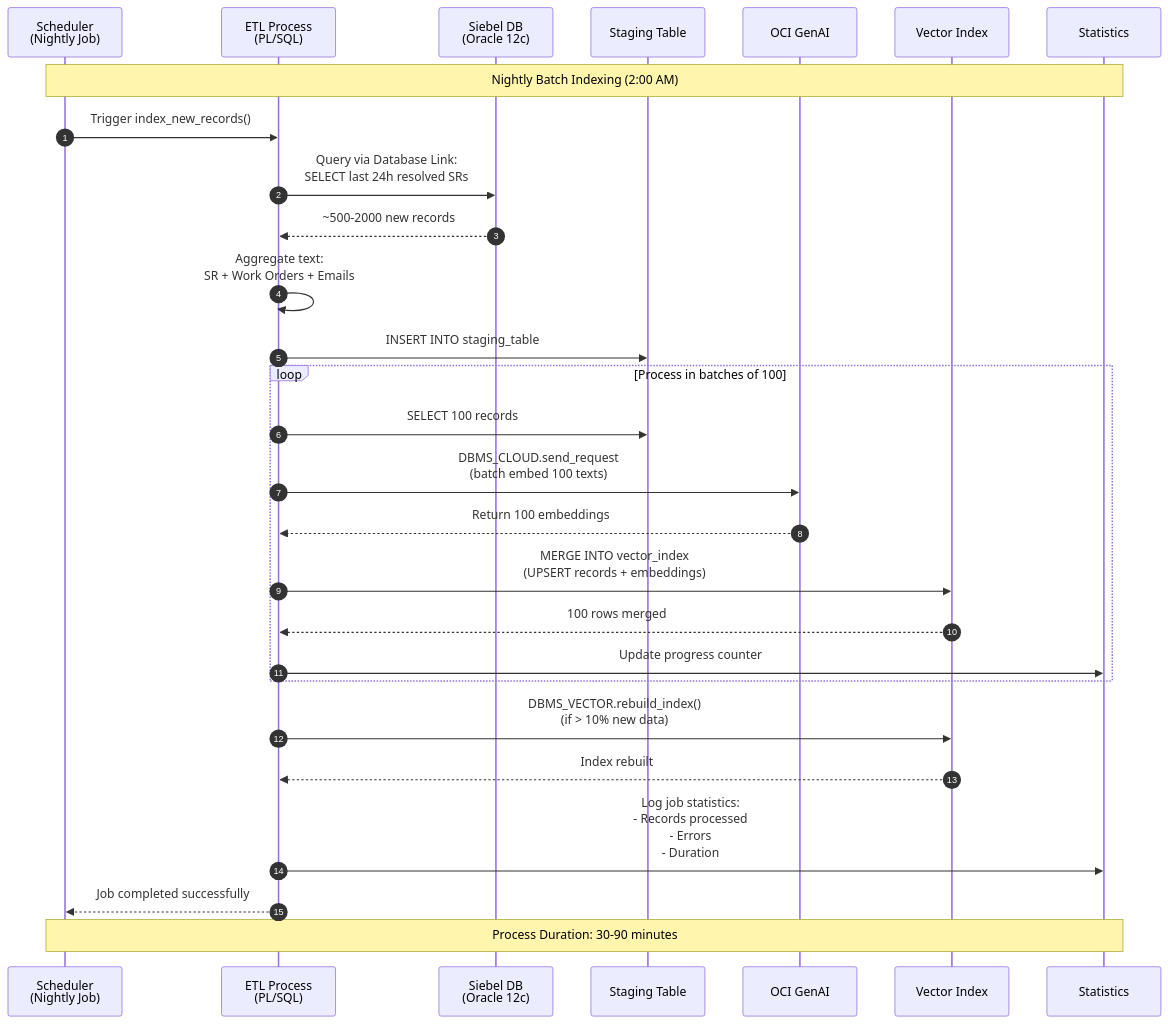
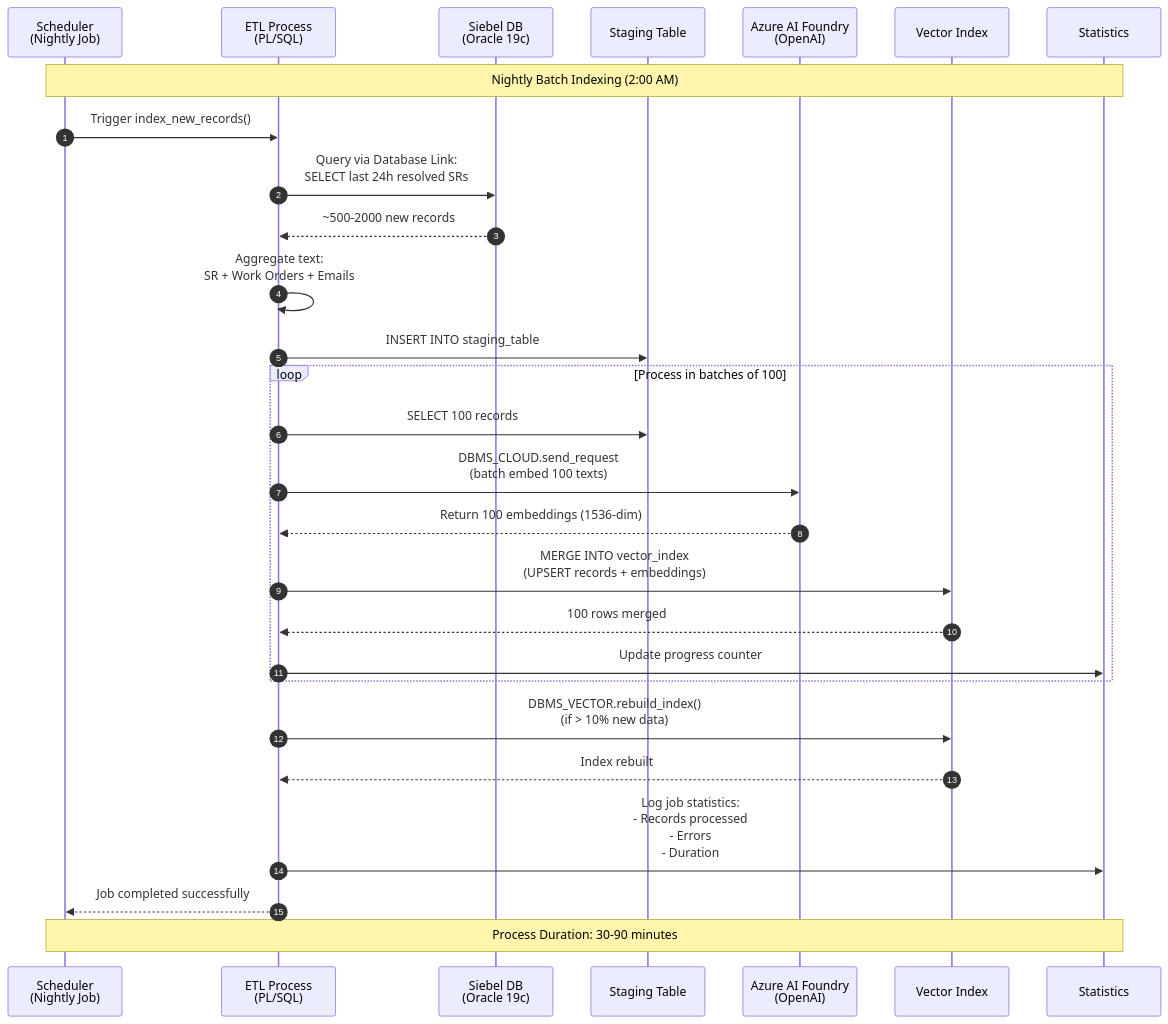
Before and after one commit to psreek-ai/SiebelCRMSemanticSearch: the sixth of 17 diagrams in docs/ARCHITECTURE_DIAGRAMS.md, drawn with Mermaid. The commit also changed other lines of this file and 13 other files, not shown here.

````diff
--- a/docs/ARCHITECTURE_DIAGRAMS.md
+++ b/docs/ARCHITECTURE_DIAGRAMS.md
@@ -350,41 +367,41 @@
 ```mermaid
 sequenceDiagram
     autonumber
     participant CRON as Scheduler<br/>(Nightly Job)
     participant ETL as ETL Process<br/>(PL/SQL)
-    participant SIEBEL as Siebel DB<br/>(Oracle 12c)
+    participant SIEBEL as Siebel DB<br/>(Oracle 19c)
     participant STAGE as Staging Table
-    participant AI as OCI GenAI
+    participant AI as Azure AI Foundry<br/>(OpenAI)
     participant VDB as Vector Index
     participant STATS as Statistics
     
     Note over CRON,STATS: Nightly Batch Indexing (2:00 AM)
     
     CRON->>ETL: Trigger index_new_records()
     ETL->>SIEBEL: Query via Database Link:<br/>SELECT last 24h resolved SRs
     SIEBEL-->>ETL: ~500-2000 new records
     
     ETL->>ETL: Aggregate text:<br/>SR + Work Orders + Emails
     ETL->>STAGE: INSERT INTO staging_table
     
     loop Process in batches of 100
         ETL->>STAGE: SELECT 100 records
         
         ETL->>AI: DBMS_CLOUD.send_request<br/>(batch embed 100 texts)
-        AI-->>ETL: Return 100 embeddings
+        AI-->>ETL: Return 100 embeddings (1536-dim)
         
         ETL->>VDB: MERGE INTO vector_index<br/>(UPSERT records + embeddings)
         VDB-->>ETL: 100 rows merged
         
         ETL->>STATS: Update progress counter
     end
     
     ETL->>VDB: DBMS_VECTOR.rebuild_index()<br/>(if > 10% new data)
     VDB-->>ETL: Index rebuilt
     
     ETL->>STATS: Log job statistics:<br/>- Records processed<br/>- Errors<br/>- Duration
     
     ETL-->>CRON: Job completed successfully
     
     Note over CRON,STATS: Process Duration: 30-90 minutes
 ```
````
